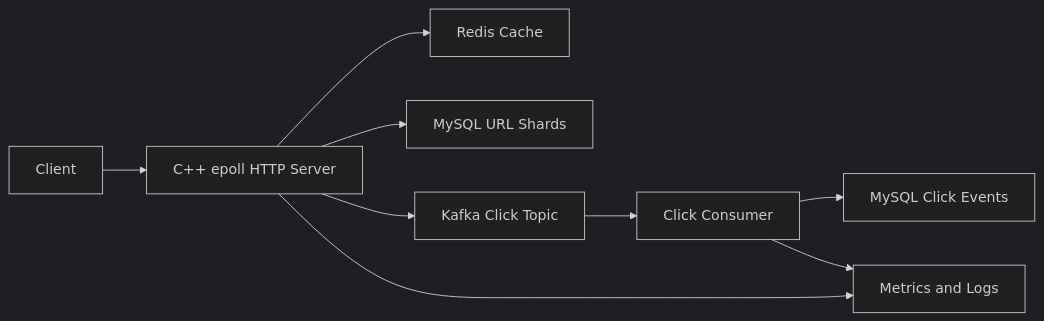
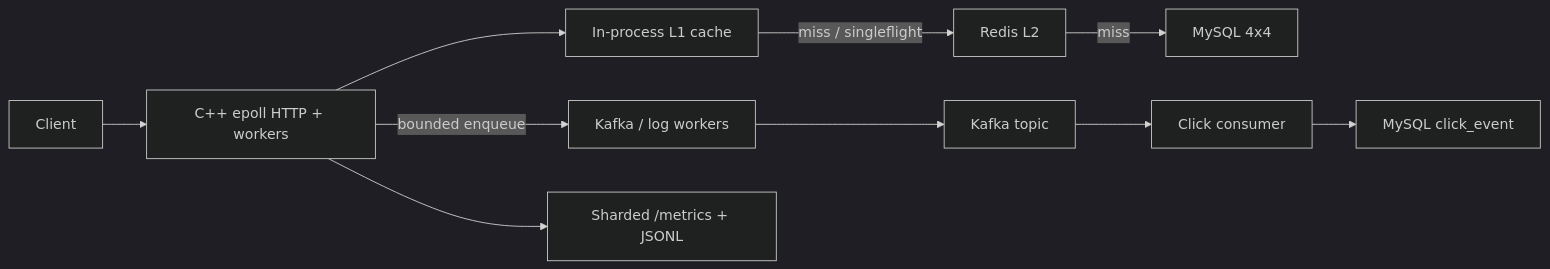
The diagram in README.md (CChen19/cpp-url-shortener), drawn with Mermaid (dark theme) before and after one commit. The commit also changed other lines of this file and 7 other files, not shown here.

````diff
--- a/README.md
+++ b/README.md
@@ -9,11 +17,12 @@
 ```mermaid
 flowchart LR
-    Client["Client"] --> Server["C++ epoll HTTP Server"]
-    Server --> Redis["Redis Cache"]
-    Server --> Shards["MySQL URL Shards"]
-    Server --> Kafka["Kafka Click Topic"]
-    Kafka --> Consumer["Click Consumer"]
-    Consumer --> ClickDB["MySQL Click Events"]
-    Server --> Obs["Metrics and Logs"]
-    Consumer --> Obs
+    Client["Client"] --> Server["C++ epoll HTTP + workers"]
+    Server --> L1["In-process L1 cache"]
+    L1 -->|"miss / singleflight"| Redis["Redis L2"]
+    Redis -->|"miss"| Shards["MySQL 4x4"]
+    Server -->|"bounded enqueue"| KafkaQ["Kafka / log workers"]
+    KafkaQ --> Kafka["Kafka topic"]
+    Kafka --> Consumer["Click consumer"]
+    Consumer --> ClickDB["MySQL click_event"]
+    Server --> Obs["Sharded /metrics + JSONL"]
 ```
````
